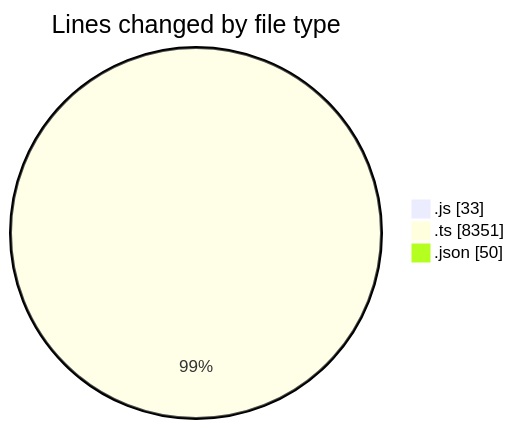
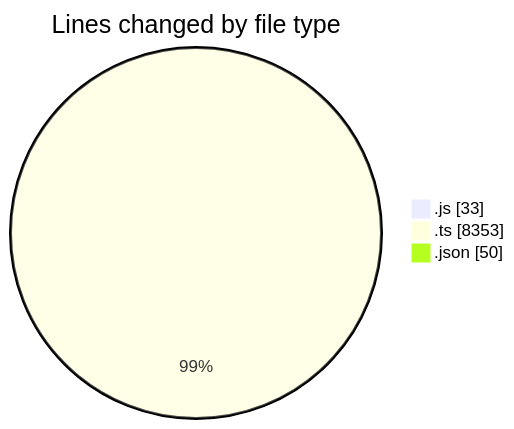
One commit to momahboobian/code-tracking changed the first of 2 diagrams in 2025-09-08/cda/README.md. Above: the diagram before and after it, drawn with Mermaid. The commit also changed other lines of this file and 1 other file, not shown here.

````diff
--- a/2025-09-08/cda/README.md
+++ b/2025-09-08/cda/README.md
@@ -25,7 +25,7 @@
 ```mermaid
 pie showData
 title Lines changed by file type
 ".js" : 33
-".ts" : 8351
+".ts" : 8353
 ".json" : 50
 ```
````
